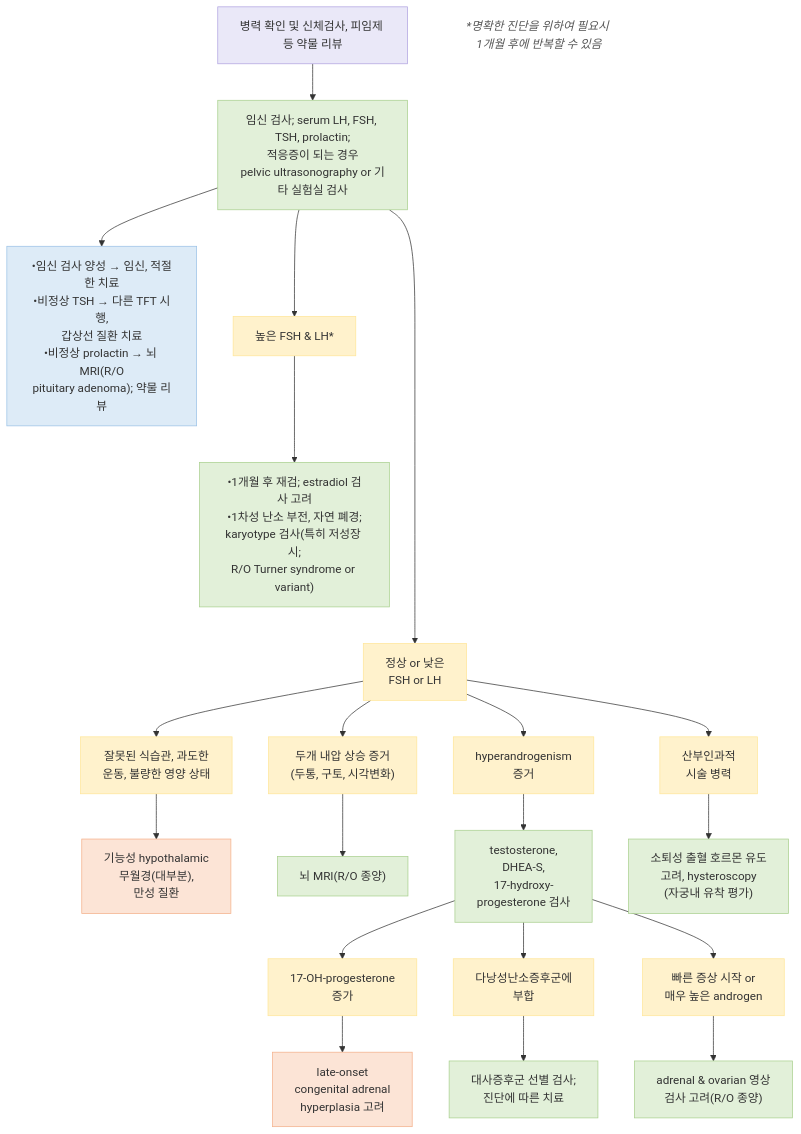
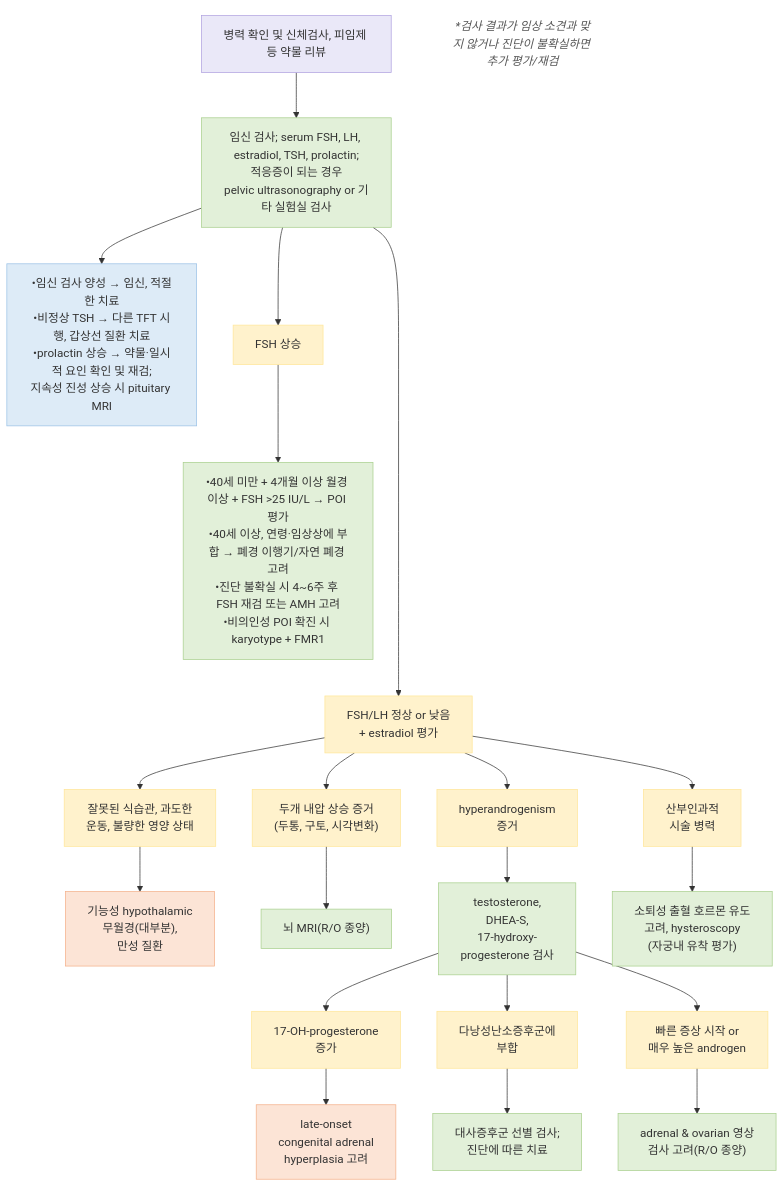
The second of 2 diagrams in 227_/130_-amenorrhea.md (familyoh77/familyoh77), drawn with Mermaid before and after one commit. The commit also changed other lines of this file, not shown here.

````diff
--- a/227_/130_-amenorrhea.md
+++ b/227_/130_-amenorrhea.md
@@ -83,49 +142,49 @@
 ```mermaid
 flowchart TD
-    A["병력 확인 및 신체검사, 피임제 등 약물 리뷰"] --> B["임신 검사; serum LH, FSH, TSH, prolactin;<br>적응증이 되는 경우<br>pelvic ultrasonography or 기타 실험실 검사"]
+    A["병력 확인 및 신체검사, 피임제 등 약물 리뷰"] --> B["임신 검사; serum FSH, LH, estradiol, TSH, prolactin;<br>적응증이 되는 경우<br>pelvic ultrasonography or 기타 실험실 검사"]
 
-    B --> C["•임신 검사 양성 → 임신, 적절한 치료<br>•비정상 TSH → 다른 TFT 시행,<br>갑상선 질환 치료<br>•비정상 prolactin → 뇌 MRI(R/O<br>pituitary adenoma); 약물 리뷰"]
-    B ----> D["정상 or 낮은<br>FSH or LH"]
-    B --> E["높은 FSH & LH*"]
+    B --> C["•임신 검사 양성 → 임신, 적절한 치료<br>•비정상 TSH → 다른 TFT 시행, 갑상선 질환 치료<br>•prolactin 상승 → 약물·일시적 요인 확인 및 재검;<br>지속성 진성 상승 시 pituitary MRI"]
+    B ----> D["FSH/LH 정상 or 낮음<br>+ estradiol 평가"]
+    B --> E["FSH 상승"]
 
-    E --> E_sub["•1개월 후 재검; estradiol 검사 고려<br>•1차성 난소 부전, 자연 폐경;<br>karyotype 검사(특히 저성장 시;<br>R/O Turner syndrome or variant)"]
+    E --> E_sub["•40세 미만 + 4개월 이상 월경 이상 + FSH >25 IU/L → POI 평가<br>•40세 이상, 연령·임상상에 부합 → 폐경 이행기/자연 폐경 고려<br>•진단 불확실 시 4~6주 후 FSH 재검 또는 AMH 고려<br>•비의인성 POI 확진 시 karyotype + FMR1"]
 
     %% 정상 or 낮은 FSH or LH 하위 4개 분기
     D --> D1["잘못된 식습관, 과도한<br>운동, 불량한 영양 상태"]
     D --> D2["두개 내압 상승 증거<br>(두통, 구토, 시각변화)"]
     D --> D3["hyperandrogenism<br>증거"]
     D --> D4["산부인과적<br>시술 병력"]
 
     D1 --> D1_sub["기능성 hypothalamic<br>무월경(대부분),<br>만성 질환"]
     D2 --> D2_sub["뇌 MRI(R/O 종양)"]
     
     D3 --> D3_sub["testosterone,<br>DHEA-S,<br>17-hydroxy-<br>progesterone 검사"]
     
     D3_sub --> D3_1["17-OH-progesterone<br>증가"]
     D3_sub --> D3_2["다낭성난소증후군에<br>부합"]
     D3_sub --> D3_3["빠른 증상 시작 or<br>매우 높은 androgen"]
 
     D3_1 --> D3_1_sub["late-onset<br>congenital adrenal<br>hyperplasia 고려"]
     D3_2 --> D3_2_sub["대사증후군 선별 검사;<br>진단에 따른 치료"]
     D3_3 --> D3_3_sub["adrenal & ovarian 영상<br>검사 고려(R/O 종양)"]
 
     D4 --> D4_sub["소퇴성 출혈 호르몬 유도<br>고려, hysteroscopy<br>(자궁내 유착 평가)"]
 
     %% 하단 주석
-    FOOTNOTE["*명확한 진단을 위하여 필요시 1개월 후에 반복할 수 있음"]
+    FOOTNOTE["*검사 결과가 임상 소견과 맞지 않거나 진단이 불확실하면 추가 평가/재검"]
 
     %% 색상 및 스타일 지정
     classDef purple fill:#EAE8F8,stroke:#B0A3E0,color:#333
     classDef green fill:#E2F0D9,stroke:#A9D08E,color:#333
     classDef blue fill:#DDEBF7,stroke:#9BC2E6,color:#333
     classDef yellow fill:#FFF2CC,stroke:#FFE699,color:#333
     classDef pink fill:#FCE4D6,stroke:#F4B08A,color:#333
     classDef note fill:none,stroke:none,color:#555,font-style:italic
 
     class A purple
     class B,E_sub,D2_sub,D3_sub,D3_2_sub,D3_3_sub,D4_sub green
     class C blue
     class D,E,D1,D2,D3,D4,D3_1,D3_2,D3_3 yellow
     class D1_sub,D3_1_sub pink
     class FOOTNOTE note
 ```
````
